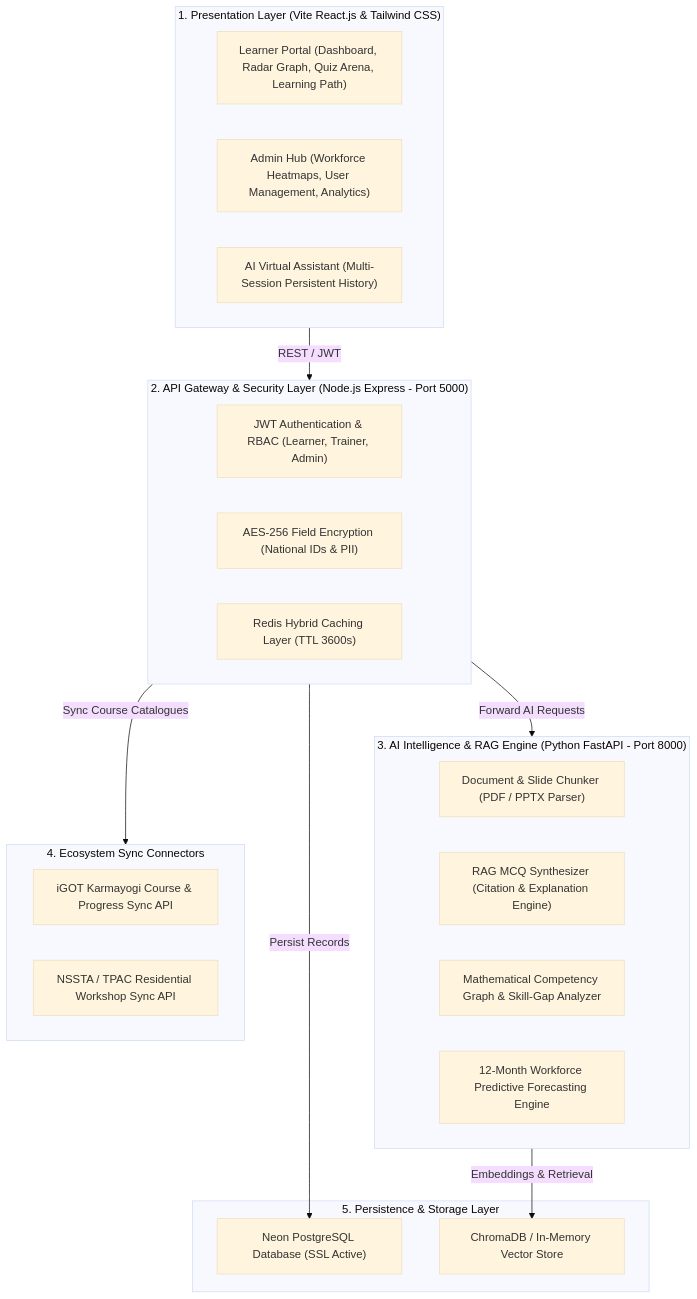
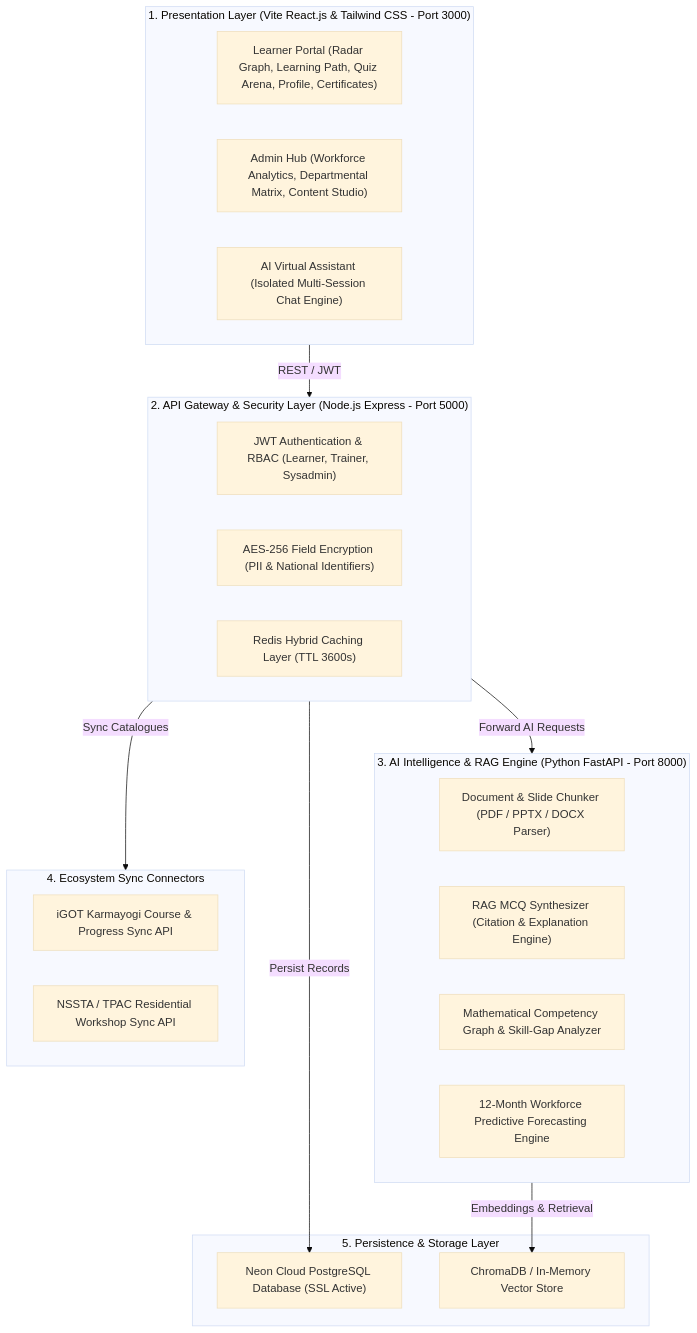
The diagram in README.md (Jayanta2004/Saksham-AI---SIH26), drawn with Mermaid (base theme) before and after one commit. The commit also changed other lines of this file, not shown here.

````diff
--- a/README.md
+++ b/README.md
@@ -66,37 +68,37 @@
 ```mermaid
 graph TD
-    subgraph UI ["1. Presentation Layer (Vite React.js & Tailwind CSS)"]
-        LearnerPortal["Learner Portal (Dashboard, Radar Graph, Quiz Arena, Learning Path)"]
-        AdminPortal["Admin Hub (Workforce Heatmaps, User Management, Analytics)"]
-        AiChat["AI Virtual Assistant (Multi-Session Persistent History)"]
+    subgraph UI ["1. Presentation Layer (Vite React.js & Tailwind CSS - Port 3000)"]
+        LearnerPortal["Learner Portal (Radar Graph, Learning Path, Quiz Arena, Profile, Certificates)"]
+        AdminPortal["Admin Hub (Workforce Analytics, Departmental Matrix, Content Studio)"]
+        AiChat["AI Virtual Assistant (Isolated Multi-Session Chat Engine)"]
     end
 
     subgraph Gateway ["2. API Gateway & Security Layer (Node.js Express - Port 5000)"]
-        JWTAuth["JWT Authentication & RBAC (Learner, Trainer, Admin)"]
-        CryptoEngine["AES-256 Field Encryption (National IDs & PII)"]
+        JWTAuth["JWT Authentication & RBAC (Learner, Trainer, Sysadmin)"]
+        CryptoEngine["AES-256 Field Encryption (PII & National Identifiers)"]
         RedisCache["Redis Hybrid Caching Layer (TTL 3600s)"]
     end
 
     subgraph AI ["3. AI Intelligence & RAG Engine (Python FastAPI - Port 8000)"]
-        DocChunker["Document & Slide Chunker (PDF / PPTX Parser)"]
+        DocChunker["Document & Slide Chunker (PDF / PPTX / DOCX Parser)"]
         MCQGen["RAG MCQ Synthesizer (Citation & Explanation Engine)"]
         GapAnalyzer["Mathematical Competency Graph & Skill-Gap Analyzer"]
         Predictor["12-Month Workforce Predictive Forecasting Engine"]
     end
 
     subgraph Integration ["4. Ecosystem Sync Connectors"]
         iGOTConnector["iGOT Karmayogi Course & Progress Sync API"]
         NSSTAConnector["NSSTA / TPAC Residential Workshop Sync API"]
     end
 
     subgraph Database ["5. Persistence & Storage Layer"]
-        PostgresDB["Neon PostgreSQL Database (SSL Active)"]
+        PostgresDB["Neon Cloud PostgreSQL Database (SSL Active)"]
         VectorDB["ChromaDB / In-Memory Vector Store"]
     end
 
     UI -->|REST / JWT| Gateway
     Gateway -->|Forward AI Requests| AI
-    Gateway -->|Sync Course Catalogues| Integration
+    Gateway -->|Sync Catalogues| Integration
     Gateway -->|Persist Records| PostgresDB
     AI -->|Embeddings & Retrieval| VectorDB
 ```
````
